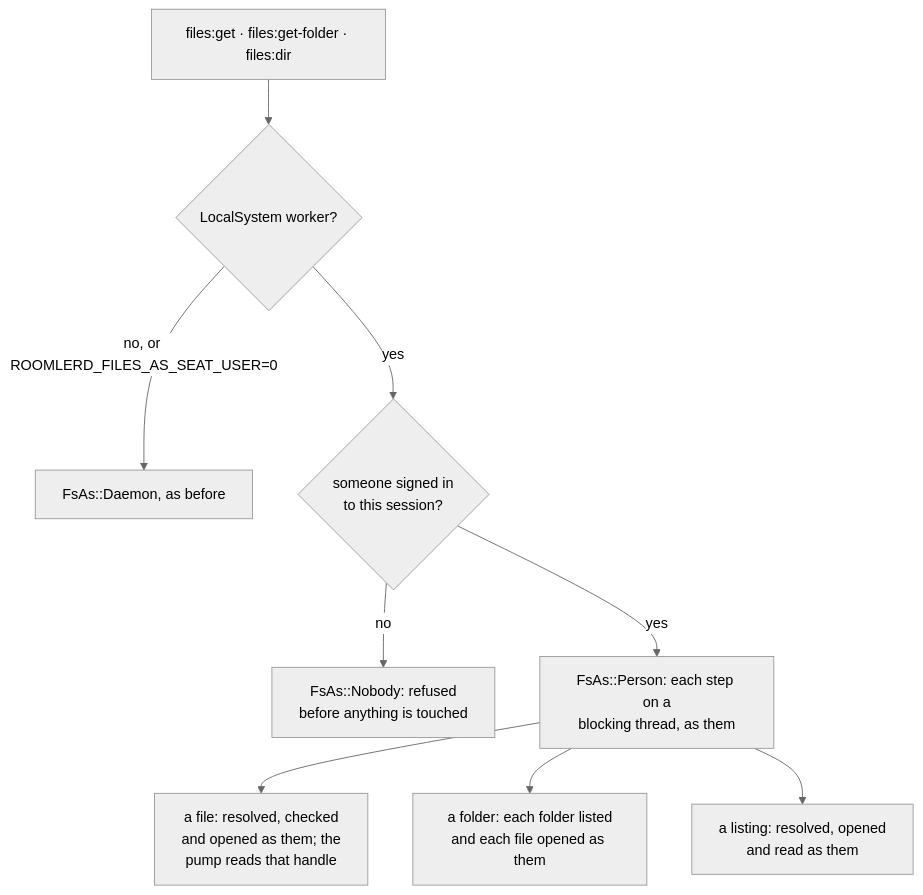
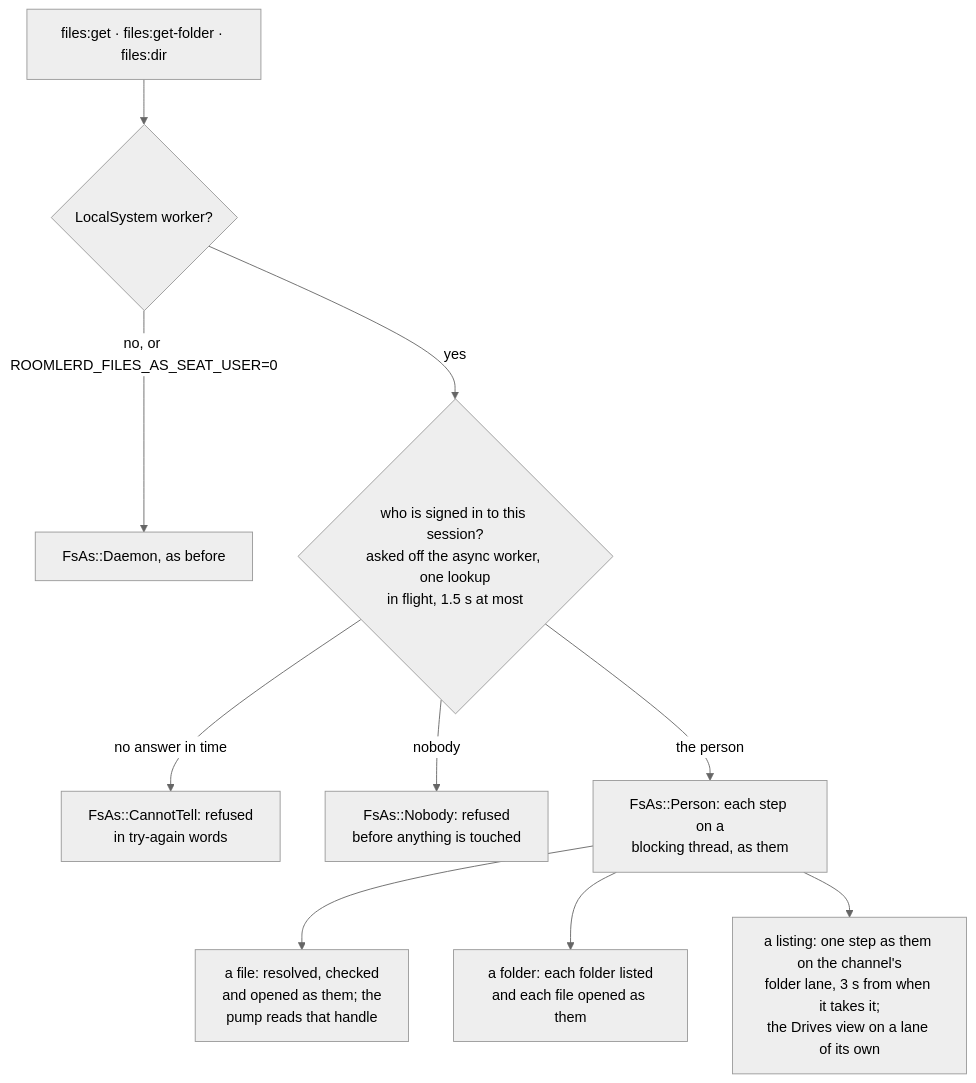
Before and after one commit to gjovanov/roomler-ai: the tenth of 43 diagrams in docs/desktop-companion.md, drawn with Mermaid (neutral theme). The commit also changed other lines of this file and 15 other files, not shown here.

````diff
--- a/docs/desktop-companion.md
+++ b/docs/desktop-companion.md
@@ -845,11 +845,12 @@
 ```mermaid
 flowchart TD
     R["files:get · files:get-folder · files:dir"] --> L{"LocalSystem worker?"}
     L -- "no, or ROOMLERD_FILES_AS_SEAT_USER=0" --> D["FsAs::Daemon, as before"]
-    L -- "yes" --> S{"someone signed in<br/>to this session?"}
-    S -- "no" --> N["FsAs::Nobody: refused<br/>before anything is touched"]
-    S -- "yes" --> P["FsAs::Person: each step on a<br/>blocking thread, as them"]
+    L -- "yes" --> S{"who is signed in to this session?<br/>asked off the async worker, one lookup<br/>in flight, 1.5 s at most"}
+    S -- "no answer in time" --> C["FsAs::CannotTell: refused<br/>in try-again words"]
+    S -- "nobody" --> N["FsAs::Nobody: refused<br/>before anything is touched"]
+    S -- "the person" --> P["FsAs::Person: each step on a<br/>blocking thread, as them"]
     P --> F["a file: resolved, checked<br/>and opened as them; the<br/>pump reads that handle"]
     P --> Z["a folder: each folder listed<br/>and each file opened as them"]
-    P --> G["a listing: resolved, opened<br/>and read as them"]
+    P --> G["a listing: one step as them on the channel's<br/>folder lane, 3 s from when it takes it;<br/>the Drives view on a lane of its own"]
 ```
````
